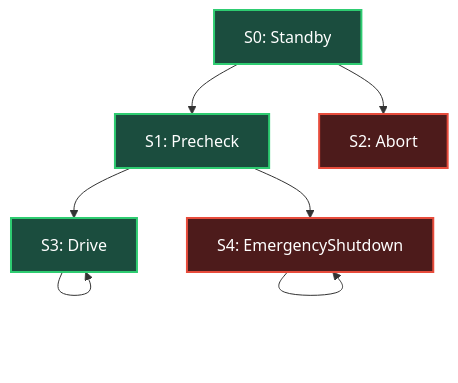
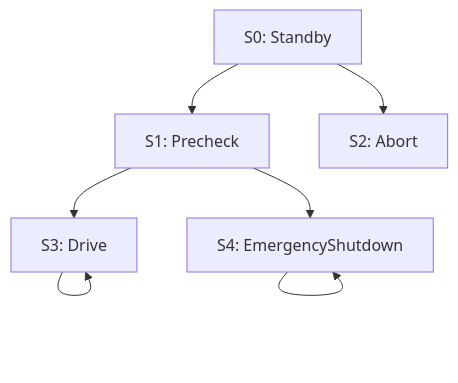
One commit to simoneCavalleri/fsmc changed the third of 3 diagrams in docs/verification_and_safety/model_checking.md. Above: the diagram before and after it, drawn with Mermaid. The commit also changed other lines of this file and 11 other files, not shown here.

````diff
--- a/docs/verification_and_safety/model_checking.md
+++ b/docs/verification_and_safety/model_checking.md
@@ -56,14 +329,9 @@
 ```mermaid
 graph TD
     S0["S0: Standby"] --> S1["S1: Precheck"]
     S0 --> S2["S2: Abort"]
     S1 --> S3["S3: Drive"]
     S1 --> S4["S4: EmergencyShutdown"]
     S3 --> S3
     S4 --> S4
-
-    classDef nominal fill:#1b4d3e,stroke:#2ecc71,stroke-width:2px,color:#fff;
-    classDef fault fill:#4d1b1b,stroke:#e74c3c,stroke-width:2px,color:#fff;
-    class S0,S1,S3 nominal;
-    class S2,S4 fault;
 ```
````
